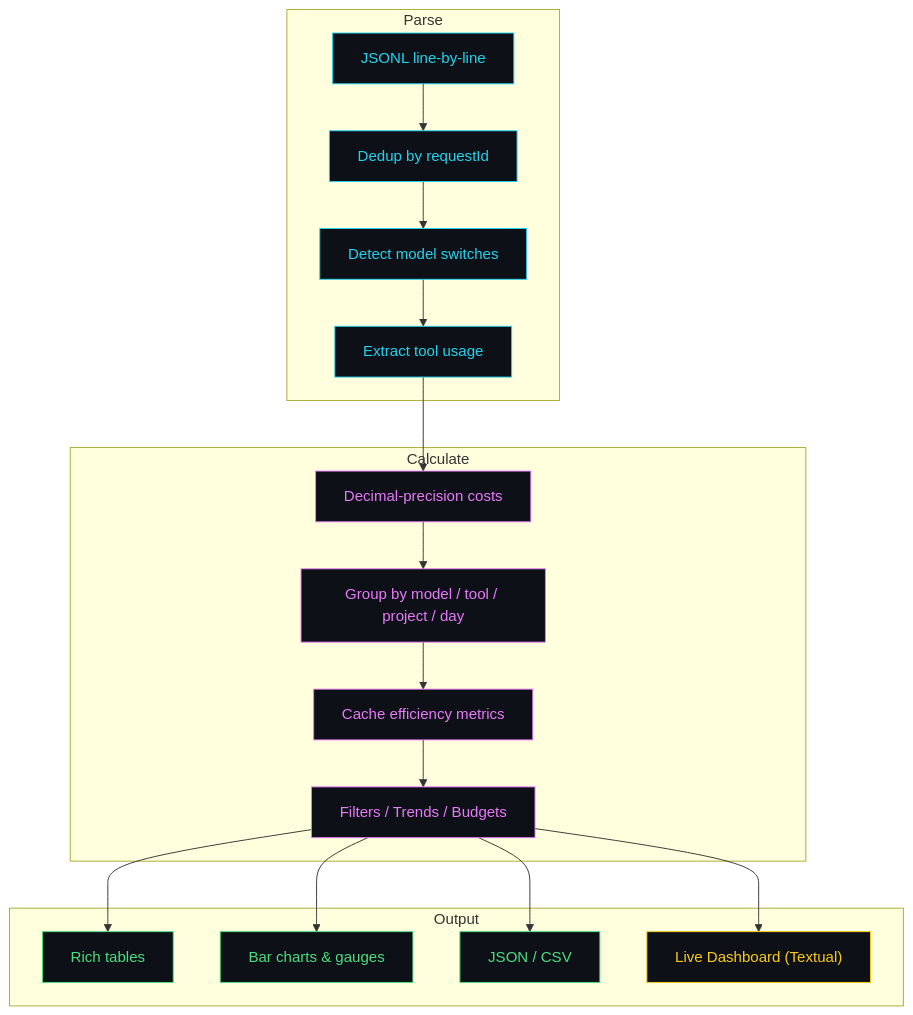
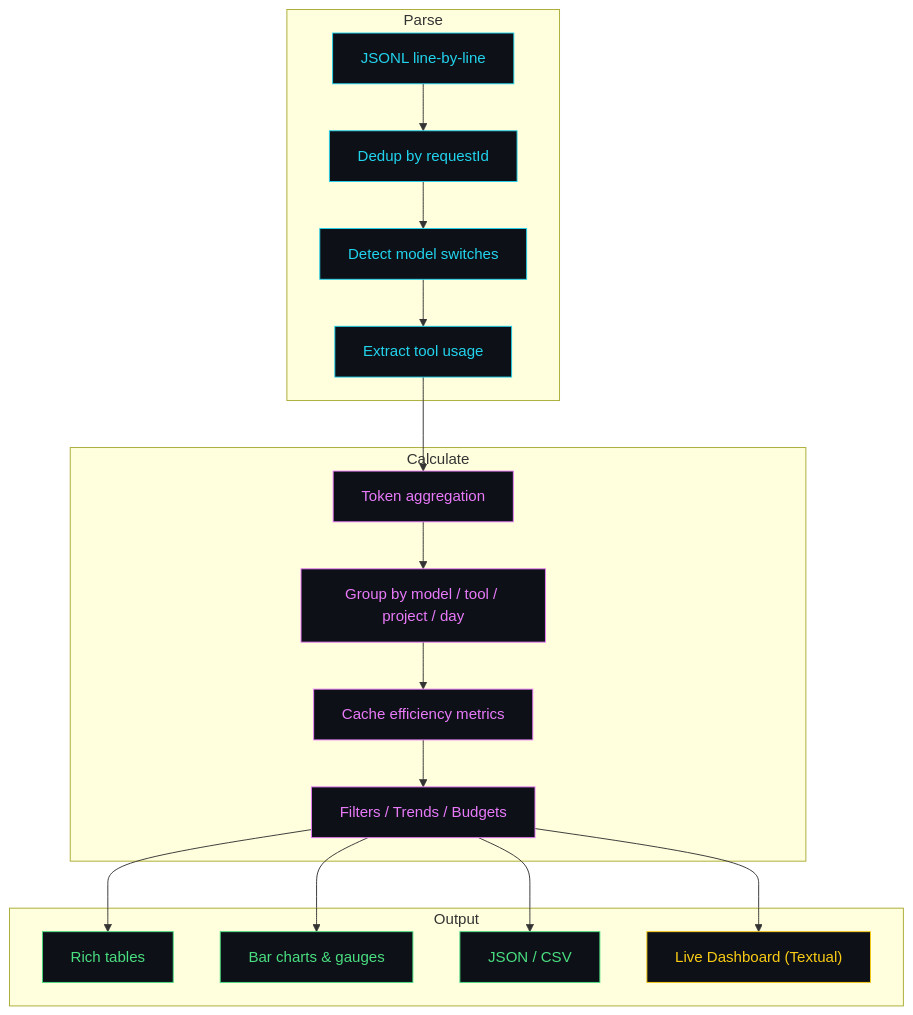
One commit to MinaSaad1/parsimony changed the second of 3 diagrams in README.md. Above: the diagram before and after it, drawn with Mermaid. The commit also changed other lines of this file and 2 other files, not shown here.

````diff
--- a/README.md
+++ b/README.md
@@ -215,35 +267,35 @@
 ```mermaid
 graph TD
     subgraph Parse
         A["JSONL line-by-line"] --> B["Dedup by requestId"]
         B --> C["Detect model switches"]
         C --> D["Extract tool usage"]
     end
 
     subgraph Calculate
-        D --> E["Decimal-precision costs"]
+        D --> E["Token aggregation"]
         E --> F["Group by model / tool / project / day"]
         F --> G["Cache efficiency metrics"]
         G --> G2["Filters / Trends / Budgets"]
     end
 
     subgraph Output
         G2 --> H["Rich tables"]
         G2 --> I["Bar charts & gauges"]
         G2 --> J["JSON / CSV"]
         G2 --> K["Live Dashboard (Textual)"]
     end
 
     style A fill:#0d1117,stroke:#22d3ee,color:#22d3ee
     style B fill:#0d1117,stroke:#22d3ee,color:#22d3ee
     style C fill:#0d1117,stroke:#22d3ee,color:#22d3ee
     style D fill:#0d1117,stroke:#22d3ee,color:#22d3ee
     style E fill:#0d1117,stroke:#e879f9,color:#e879f9
     style F fill:#0d1117,stroke:#e879f9,color:#e879f9
     style G fill:#0d1117,stroke:#e879f9,color:#e879f9
     style G2 fill:#0d1117,stroke:#e879f9,color:#e879f9
     style H fill:#0d1117,stroke:#4ade80,color:#4ade80
     style I fill:#0d1117,stroke:#4ade80,color:#4ade80
     style J fill:#0d1117,stroke:#4ade80,color:#4ade80
     style K fill:#0d1117,stroke:#facc15,color:#facc15
 ```
````
